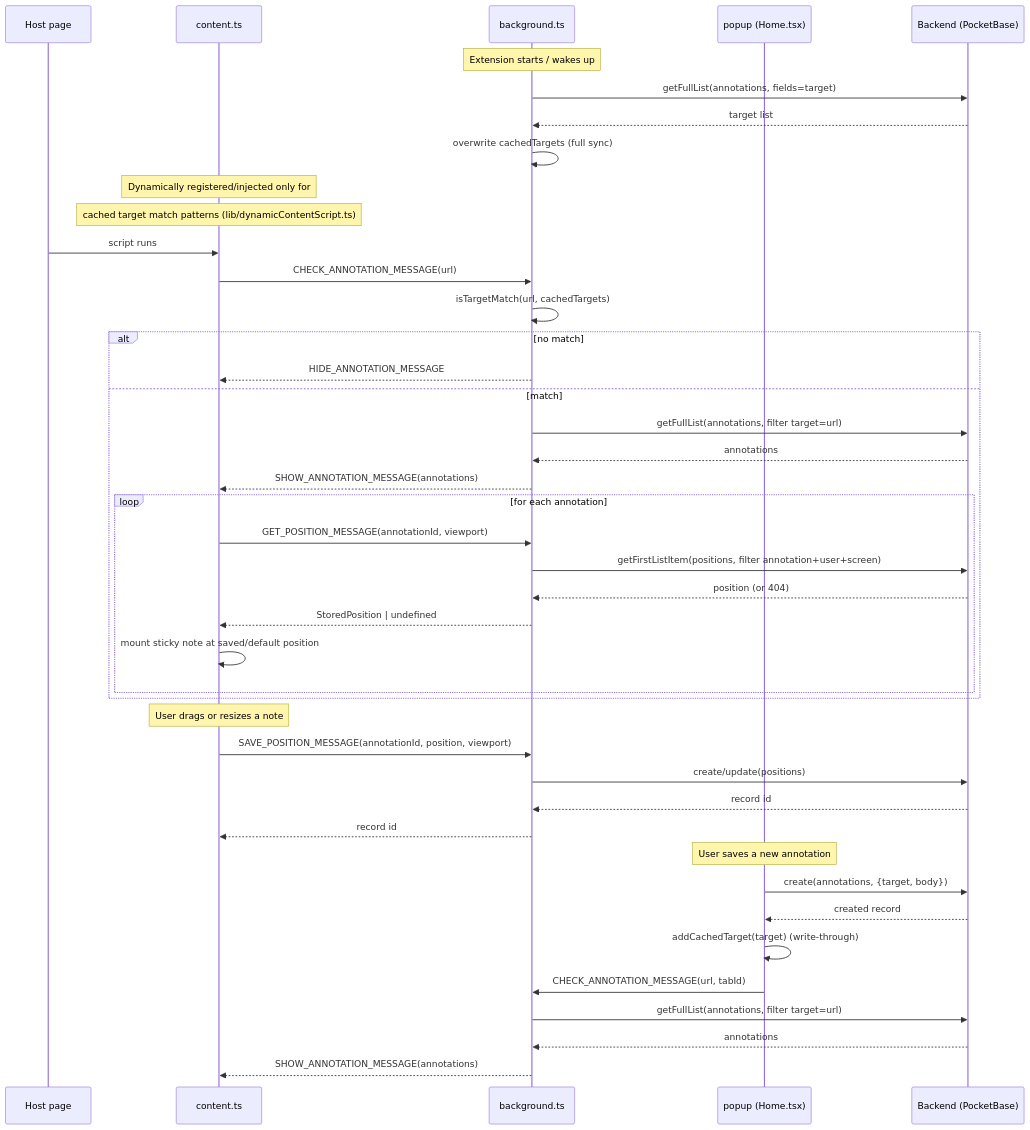
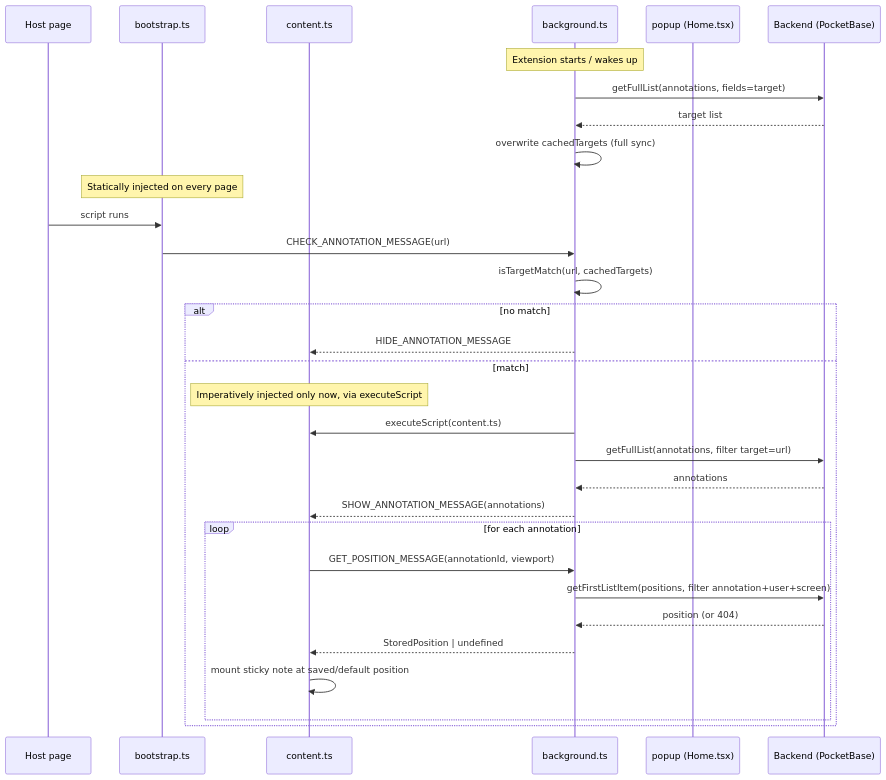
The diagram in docs/communication-architecture.md (asano69/sticky-party), drawn with Mermaid before and after one commit. The commit also changed other lines of this file and 6 other files, not shown here.

````diff
--- a/docs/communication-architecture.md
+++ b/docs/communication-architecture.md
@@ -44,50 +45,37 @@
 ```mermaid
 sequenceDiagram
     participant Page as Host page
+    participant Boot as bootstrap.ts
     participant Content as content.ts
     participant BG as background.ts
     participant Popup as popup (Home.tsx)
     participant PB as Backend (PocketBase)
 
     Note over BG: Extension starts / wakes up
     BG->>PB: getFullList(annotations, fields=target)
     PB-->>BG: target list
     BG->>BG: overwrite cachedTargets (full sync)
 
-    Note over Content: Dynamically registered/injected only for
-    Note over Content: cached target match patterns (lib/dynamicContentScript.ts)
-    Page->>Content: script runs
-    Content->>BG: CHECK_ANNOTATION_MESSAGE(url)
+    Note over Boot: Statically injected on every page
+    Page->>Boot: script runs
+    Boot->>BG: CHECK_ANNOTATION_MESSAGE(url)
     BG->>BG: isTargetMatch(url, cachedTargets)
 
     alt no match
         BG-->>Content: HIDE_ANNOTATION_MESSAGE
     else match
+        Note over Content: Imperatively injected only now, via executeScript
+        BG->>Content: executeScript(content.ts)
         BG->>PB: getFullList(annotations, filter target=url)
         PB-->>BG: annotations
         BG-->>Content: SHOW_ANNOTATION_MESSAGE(annotations)
 
         loop for each annotation
             Content->>BG: GET_POSITION_MESSAGE(annotationId, viewport)
             BG->>PB: getFirstListItem(positions, filter annotation+user+screen)
             PB-->>BG: position (or 404)
             BG-->>Content: StoredPosition | undefined
             Content->>Content: mount sticky note at saved/default position
         end
     end
-
-    Note over Content: User drags or resizes a note
-    Content->>BG: SAVE_POSITION_MESSAGE(annotationId, position, viewport)
-    BG->>PB: create/update(positions)
-    PB-->>BG: record id
-    BG-->>Content: record id
-
-    Note over Popup: User saves a new annotation
-    Popup->>PB: create(annotations, {target, body})
-    PB-->>Popup: created record
-    Popup->>Popup: addCachedTarget(target)  (write-through)
-    Popup->>BG: CHECK_ANNOTATION_MESSAGE(url, tabId)
-    BG->>PB: getFullList(annotations, filter target=url)
-    PB-->>BG: annotations
-    BG-->>Content: SHOW_ANNOTATION_MESSAGE(annotations)
 ```
````
